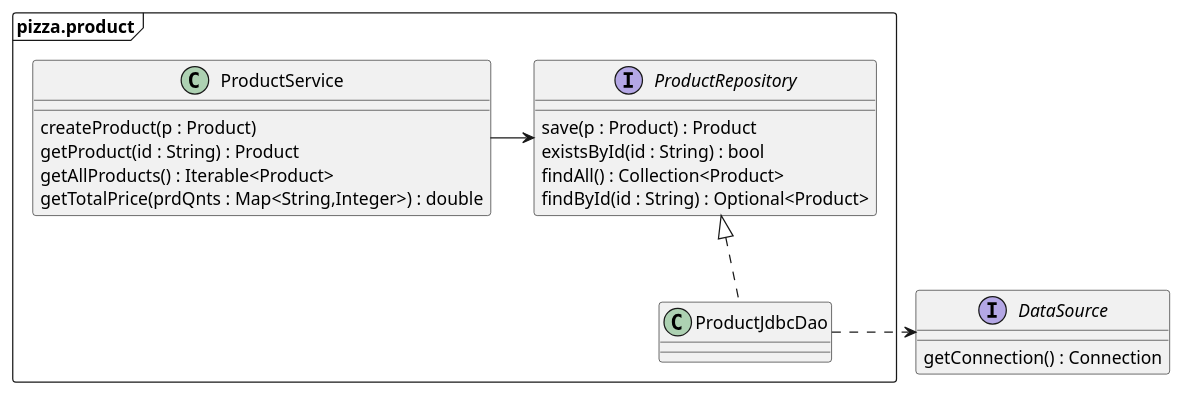
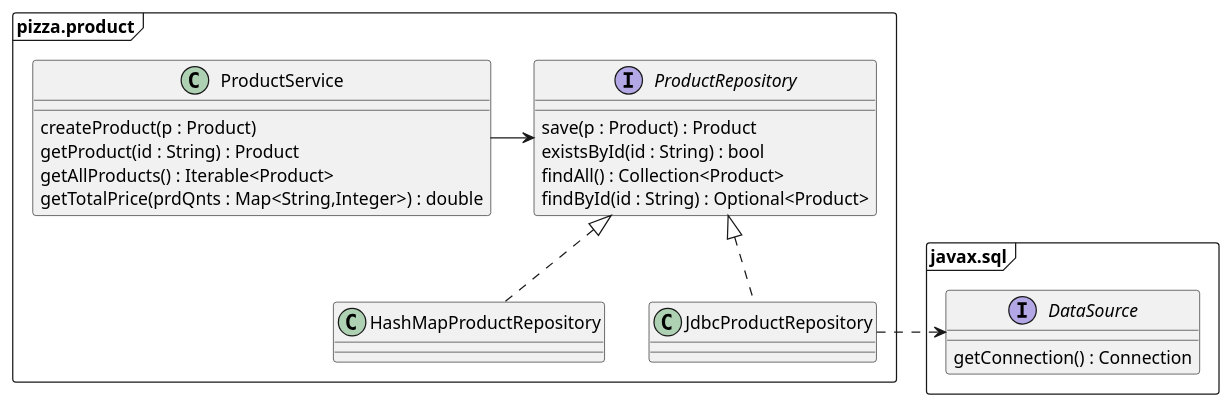
The diagram in doc/product.puml (codevibe-de/spring-pizza-all), drawn with PlantUML before and after one commit.

```diff
--- a/doc/product.puml
+++ b/doc/product.puml
@@ -1,30 +1,37 @@
 @startuml
 'https://plantuml.com/class-diagram
 set namespaceSeparator ::
 
+package "javax.sql" <<Frame>> {
+    interface DataSource {
+        getConnection() : Connection
+    }
+}
+
 package "pizza.product" <<Frame>> {
 
-class ProductService {
-createProduct(p : Product)
-getProduct(id : String) : Product
-getAllProducts() : Iterable<Product>
-getTotalPrice(prdQnts : Map<String,Integer>) : double
+    class ProductService {
+        createProduct(p : Product)
+        getProduct(id : String) : Product
+        getAllProducts() : Iterable<Product>
+        getTotalPrice(prdQnts : Map<String,Integer>) : double
+    }
+
+    interface ProductRepository {
+        save(p : Product) : Product
+        existsById(id : String) : bool
+        findAll() : Collection<Product>
+        findById(id : String) : Optional<Product>
+    }
+
+    class JdbcProductRepository implements ProductRepository {
+    }
+    class HashMapProductRepository implements ProductRepository {
+    }
+
+    ProductService -right-> ProductRepository
+    HashMapProductRepository -[hidden]> JdbcProductRepository
+    JdbcProductRepository .-right-> DataSource
 }
 
-interface ProductRepository {
-save(p : Product) : Product
-existsById(id : String) : bool
-findAll() : Collection<Product>
-findById(id : String) : Optional<Product>
-}
-
-class ProductJdbcDao implements ProductRepository
-}
-
-interface DataSource {
-getConnection() : Connection
-}
-
-ProductService -right-> ProductRepository
-ProductJdbcDao .-right-> DataSource
 @enduml
```
